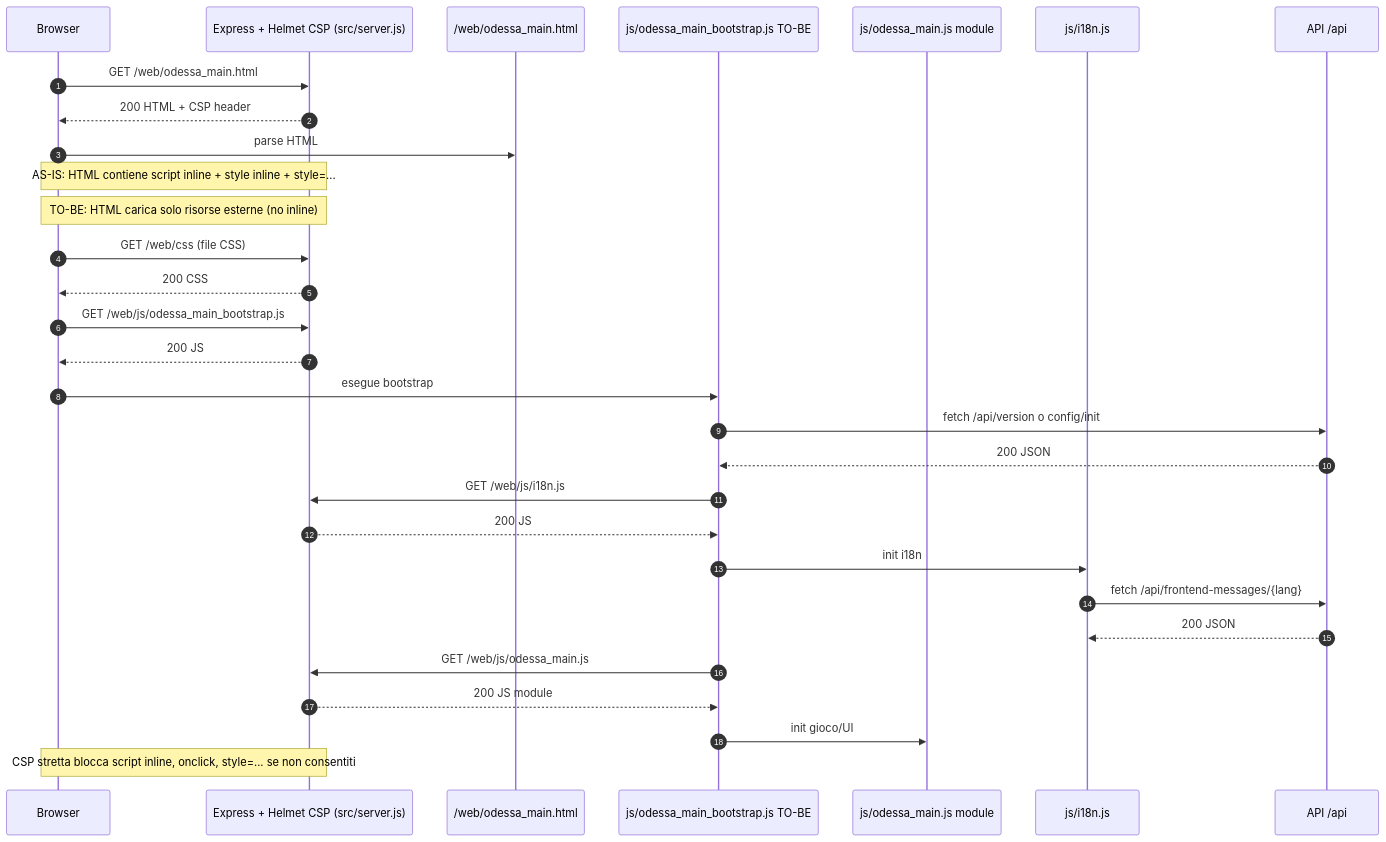
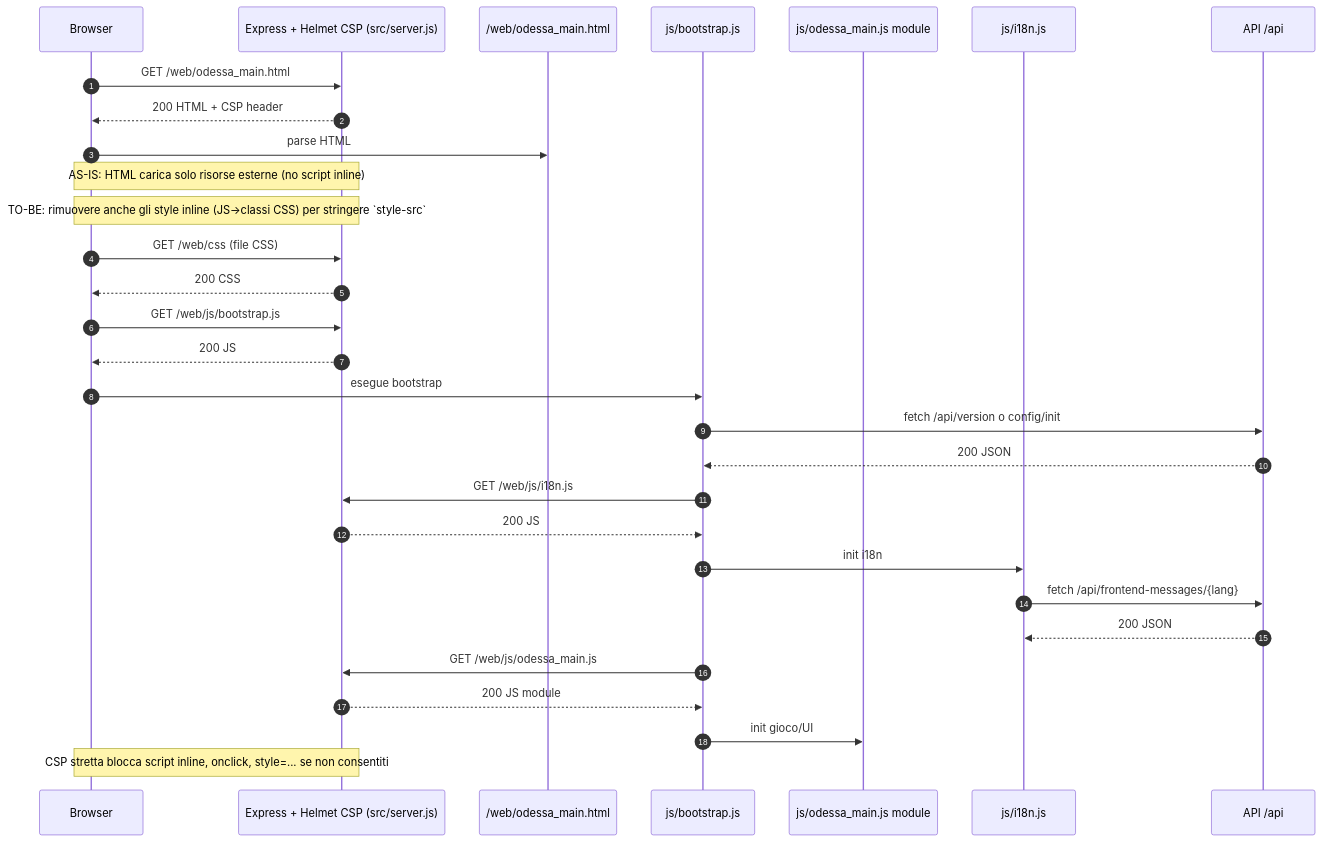
One commit to Aqualung61/MissioneOdessa changed the third of 3 diagrams in docs/20260109_CSP_review_01.md. Above: the diagram before and after it, drawn with Mermaid. The commit also changed other lines of this file and 3 other files, not shown here.

````diff
--- a/docs/20260109_CSP_review_01.md
+++ b/docs/20260109_CSP_review_01.md
@@ -148,37 +146,37 @@
 ```mermaid
 sequenceDiagram
   autonumber
   participant U as Browser
   participant S as Express + Helmet CSP (src/server.js)
   participant H as /web/odessa_main.html
-  participant B as js/odessa_main_bootstrap.js TO-BE
+  participant B as js/bootstrap.js
   participant G as js/odessa_main.js module
   participant I as js/i18n.js
   participant API as API /api
 
   U->>S: GET /web/odessa_main.html
   S-->>U: 200 HTML + CSP header
   U->>H: parse HTML
 
-  Note over U,S: AS-IS: HTML contiene script inline + style inline + style=...
-  Note over U,S: TO-BE: HTML carica solo risorse esterne (no inline)
+  Note over U,S: AS-IS: HTML carica solo risorse esterne (no script inline)
+  Note over U,S: TO-BE: rimuovere anche gli style inline (JS->classi CSS) per stringere `style-src`
 
   U->>S: GET /web/css (file CSS)
   S-->>U: 200 CSS
 
-  U->>S: GET /web/js/odessa_main_bootstrap.js
+  U->>S: GET /web/js/bootstrap.js
   S-->>U: 200 JS
   U->>B: esegue bootstrap
   B->>API: fetch /api/version o config/init
   API-->>B: 200 JSON
   B->>S: GET /web/js/i18n.js
   S-->>B: 200 JS
   B->>I: init i18n
   I->>API: fetch /api/frontend-messages/{lang}
   API-->>I: 200 JSON
   B->>S: GET /web/js/odessa_main.js
   S-->>B: 200 JS module
   B->>G: init gioco/UI
 
   Note over U,S: CSP stretta blocca script inline, onclick, style=... se non consentiti
 ```
````
